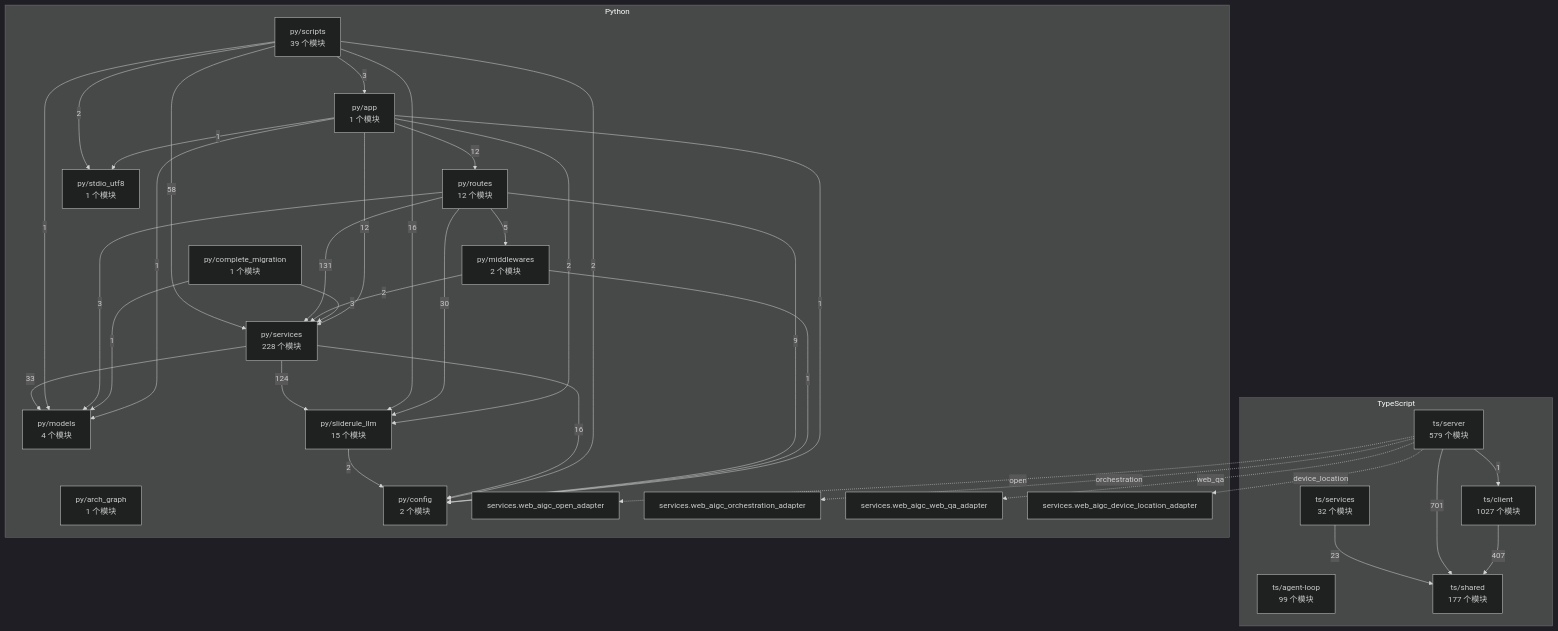
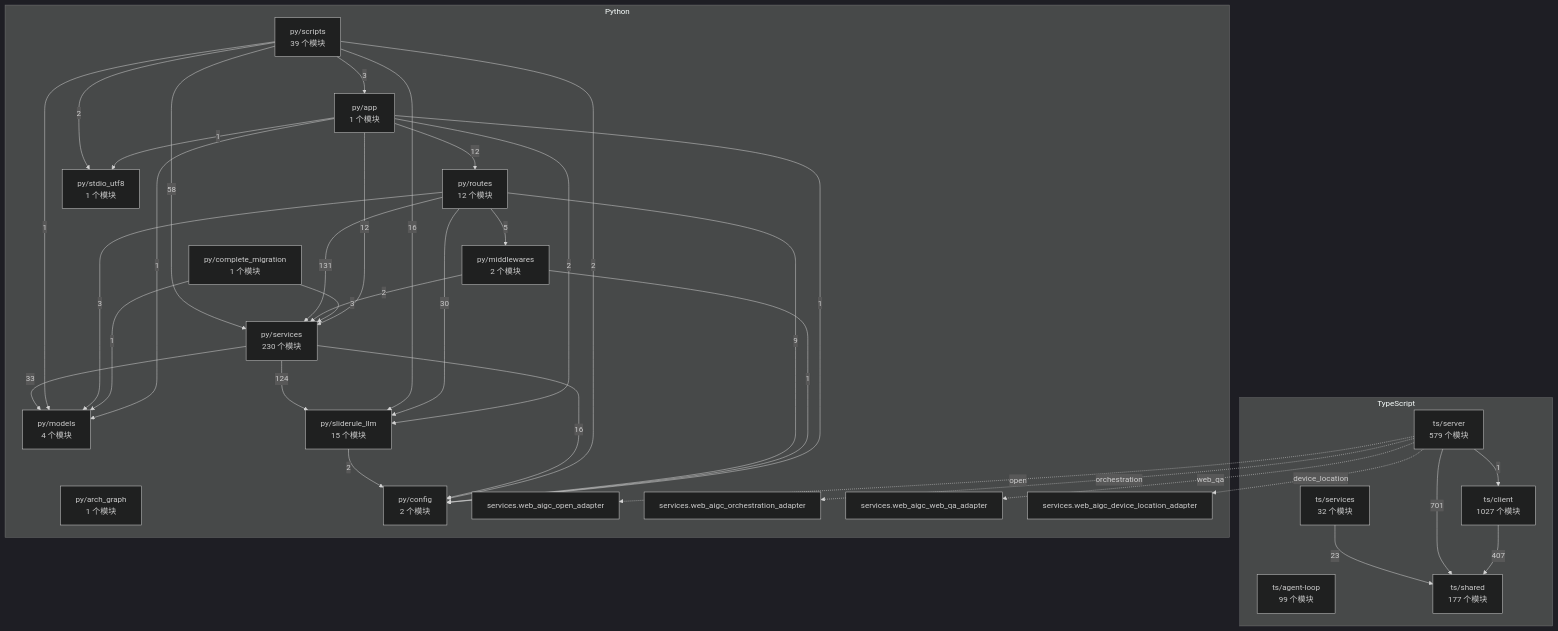
Before and after one commit to 2686521696/WhyBuddy: the diagram in docs/WhyBuddy 全仓架构图（自动生成）.md, drawn with Mermaid (dark theme). The commit also changed 5 other files, not shown here.

````diff
--- a/docs/WhyBuddy 全仓架构图（自动生成）.md
+++ b/docs/WhyBuddy 全仓架构图（自动生成）.md
@@ -14,60 +14,60 @@
 ```mermaid
 flowchart TB
   subgraph ts [TypeScript]
     ts_agent_loop["ts/agent-loop<br/>99 个模块"]
     ts_client["ts/client<br/>1027 个模块"]
     ts_server["ts/server<br/>579 个模块"]
     ts_services["ts/services<br/>32 个模块"]
     ts_shared["ts/shared<br/>177 个模块"]
   end
   subgraph py [Python]
     py_app["py/app<br/>1 个模块"]
     py_arch_graph["py/arch_graph<br/>1 个模块"]
     py_complete_migration["py/complete_migration<br/>1 个模块"]
     py_config["py/config<br/>2 个模块"]
     py_middlewares["py/middlewares<br/>2 个模块"]
     py_models["py/models<br/>4 个模块"]
     py_routes["py/routes<br/>12 个模块"]
     py_scripts["py/scripts<br/>39 个模块"]
-    py_services["py/services<br/>228 个模块"]
+    py_services["py/services<br/>230 个模块"]
     py_sliderule_llm["py/sliderule_llm<br/>15 个模块"]
     py_stdio_utf8["py/stdio_utf8<br/>1 个模块"]
     py_services_web_aigc_open_adapter["services.web_aigc_open_adapter"]
     py_services_web_aigc_orchestration_adapter["services.web_aigc_orchestration_adapter"]
     py_services_web_aigc_web_qa_adapter["services.web_aigc_web_qa_adapter"]
     py_services_web_aigc_device_location_adapter["services.web_aigc_device_location_adapter"]
   end
   ts_client -->|407| ts_shared
   ts_server -->|1| ts_client
   ts_server -->|701| ts_shared
   ts_services -->|23| ts_shared
   py_app -->|1| py_config
   py_app -->|1| py_models
   py_app -->|12| py_routes
   py_app -->|12| py_services
   py_app -->|2| py_sliderule_llm
   py_app -->|1| py_stdio_utf8
   py_complete_migration -->|1| py_models
   py_complete_migration -->|3| py_services
   py_middlewares -->|1| py_config
   py_middlewares -->|2| py_services
   py_routes -->|9| py_config
   py_routes -->|5| py_middlewares
   py_routes -->|3| py_models
   py_routes -->|131| py_services
   py_routes -->|30| py_sliderule_llm
   py_scripts -->|3| py_app
   py_scripts -->|2| py_config
   py_scripts -->|1| py_models
   py_scripts -->|58| py_services
   py_scripts -->|16| py_sliderule_llm
   py_scripts -->|2| py_stdio_utf8
   py_services -->|16| py_config
   py_services -->|33| py_models
   py_services -->|124| py_sliderule_llm
   py_sliderule_llm -->|2| py_config
   ts_server -.->|open| py_services_web_aigc_open_adapter
   ts_server -.->|orchestration| py_services_web_aigc_orchestration_adapter
   ts_server -.->|web_qa| py_services_web_aigc_web_qa_adapter
   ts_server -.->|device_location| py_services_web_aigc_device_location_adapter
 ```
````
